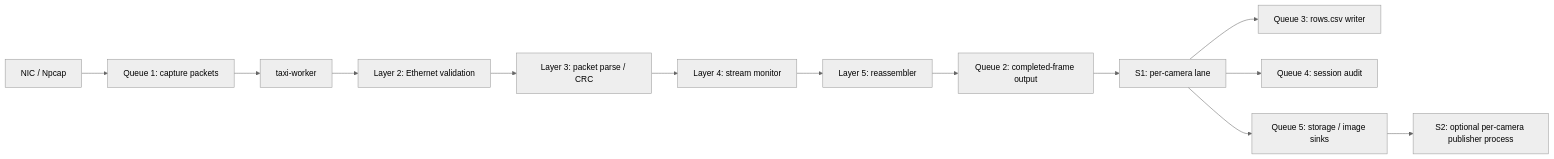
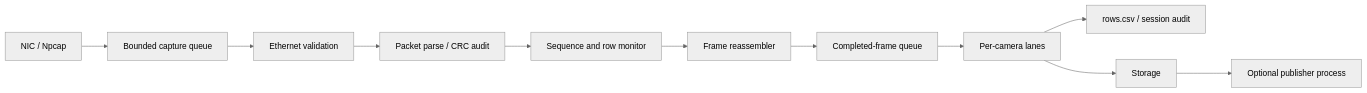
The diagram in README.md (YuweiZhang-002/Host_Camera_Packet_Receiver), drawn with Mermaid (neutral theme) before and after one commit. The commit also changed other lines of this file and 31 other files, not shown here.

````diff
--- a/README.md
+++ b/README.md
@@ -11,15 +11,13 @@
 ```mermaid
 flowchart LR
-    NIC[NIC / Npcap] --> Q1[Queue 1: capture packets]
-    Q1 --> W[taxi-worker]
-    W --> L2[Layer 2: Ethernet validation]
-    L2 --> L3[Layer 3: packet parse / CRC]
-    L3 --> L4[Layer 4: stream monitor]
-    L4 --> L5[Layer 5: reassembler]
-    L5 --> Q2[Queue 2: completed-frame output]
-    Q2 --> S1[S1: per-camera lane]
-    S1 --> Q3[Queue 3: rows.csv writer]
-    S1 --> Q4[Queue 4: session audit]
-    S1 --> Q5[Queue 5: storage / image sinks]
-    Q5 --> S2[S2: optional per-camera publisher process]
+    NIC[NIC / Npcap] --> Q1[Bounded capture queue]
+    Q1 --> L2[Ethernet validation]
+    L2 --> L3[Packet parse / CRC audit]
+    L3 --> L4[Sequence and row monitor]
+    L4 --> L5[Frame reassembler]
+    L5 --> Q2[Completed-frame queue]
+    Q2 --> LANES[Per-camera lanes]
+    LANES --> CSV[rows.csv / session audit]
+    LANES --> STORE[Storage]
+    STORE --> PROC[Optional publisher process]
 ```
````
